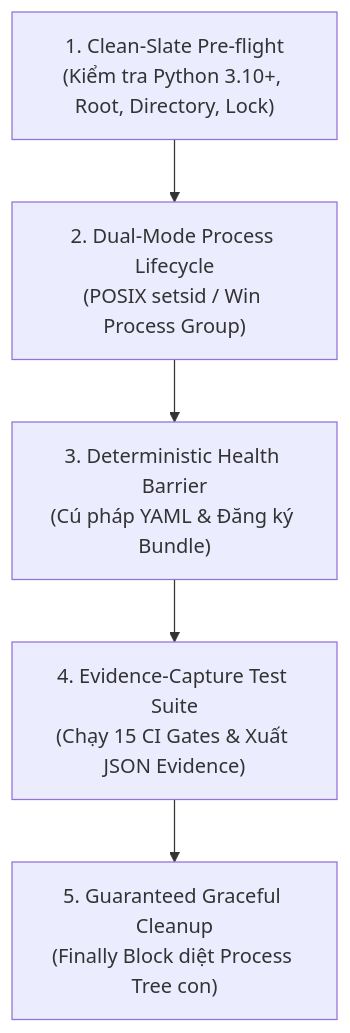
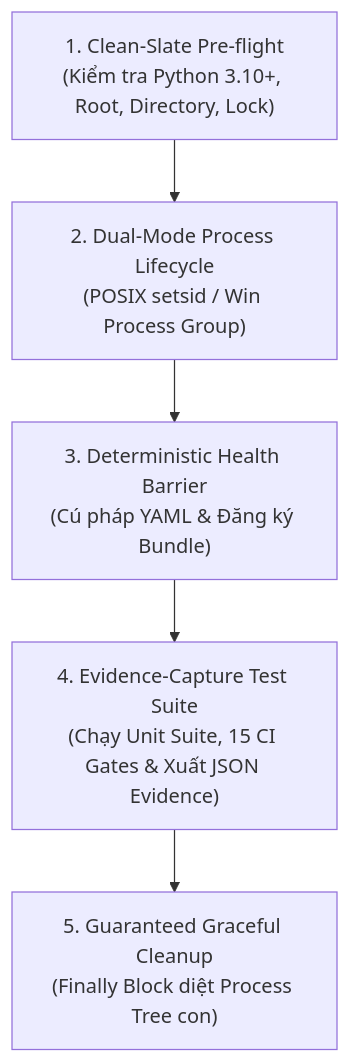
One commit to vvChu/ccba-legal-knowledge changed the diagram in .agents/skills/ccba-verify-legal-knowledge/SKILL.md. Above: the diagram before and after it, drawn with Mermaid. The commit also changed other lines of this file and 20 other files, not shown here.

````diff
--- a/.agents/skills/ccba-verify-legal-knowledge/SKILL.md
+++ b/.agents/skills/ccba-verify-legal-knowledge/SKILL.md
@@ -45,7 +57,7 @@
 ```mermaid
 flowchart TD
     B1["1. Clean-Slate Pre-flight\n(Kiểm tra Python 3.10+, Root, Directory, Lock)"] --> B2["2. Dual-Mode Process Lifecycle\n(POSIX setsid / Win Process Group)"]
     B2 --> B3["3. Deterministic Health Barrier\n(Cú pháp YAML & Đăng ký Bundle)"]
-    B3 --> B4["4. Evidence-Capture Test Suite\n(Chạy 15 CI Gates & Xuất JSON Evidence)"]
+    B3 --> B4["4. Evidence-Capture Test Suite\n(Chạy Unit Suite, 15 CI Gates & Xuất JSON Evidence)"]
     B4 --> B5["5. Guaranteed Graceful Cleanup\n(Finally Block diệt Process Tree con)"]
 ```
````
